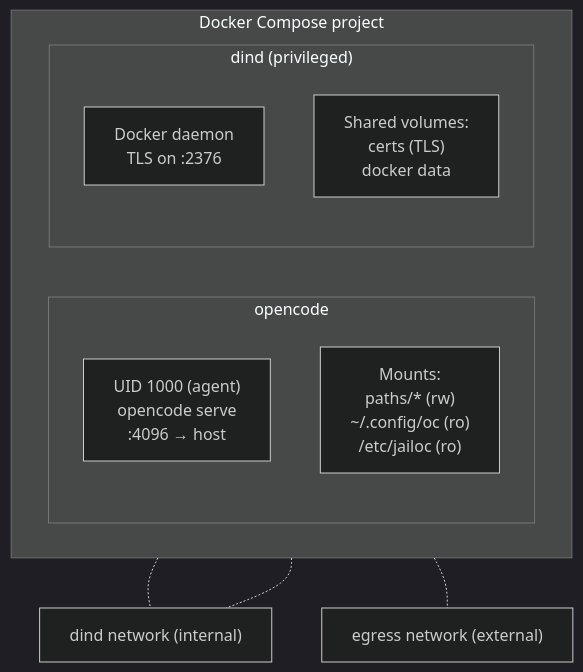
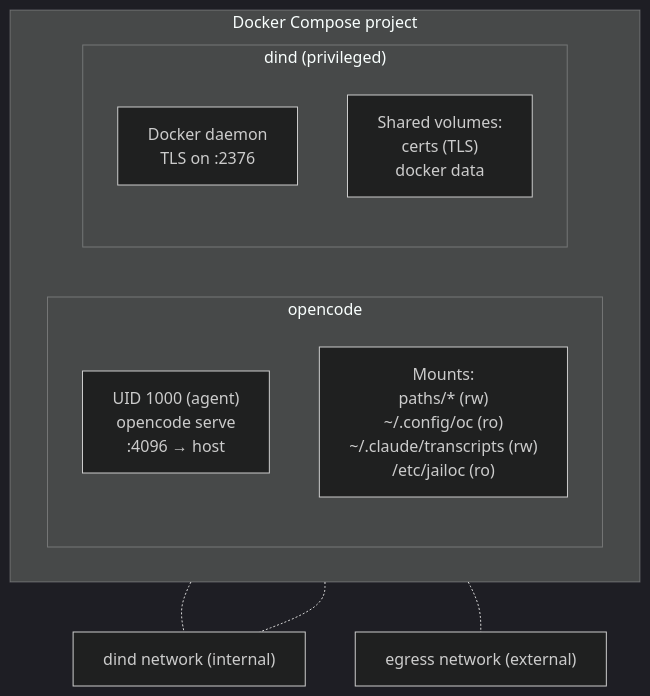
Before and after one commit to seznam/jailoc: the diagram in docs/explanation/container-architecture.md, drawn with Mermaid (dark theme). The commit also changed other lines of this file and 2 other files, not shown here.

Commit message:
fix: narrow .claude mount to transcripts directory only

````diff
--- a/docs/explanation/container-architecture.md
+++ b/docs/explanation/container-architecture.md
@@ -7,20 +7,20 @@
 ```mermaid
 flowchart TB
   subgraph compose["Docker Compose project"]
     direction LR
     subgraph oc["opencode"]
       direction TB
       oc_uid["UID 1000 (agent)<br>opencode serve<br>:4096 → host"]
-      oc_mounts["Mounts:<br>paths/* (rw)<br>~/.config/oc (ro)<br>/etc/jailoc (ro)"]
+      oc_mounts["Mounts:<br>paths/* (rw)<br>~/.config/oc (ro)<br>~/.claude/transcripts (rw)<br>/etc/jailoc (ro)"]
     end
     subgraph dind["dind (privileged)"]
       direction TB
       dind_daemon["Docker daemon<br>TLS on :2376"]
       dind_vols["Shared volumes:<br>certs (TLS)<br>docker data"]
     end
   end
 
   oc -.- dind_net["dind network (internal)"]
   dind -.- dind_net
   oc -.- egress_net["egress network (external)"]
 ```
````
